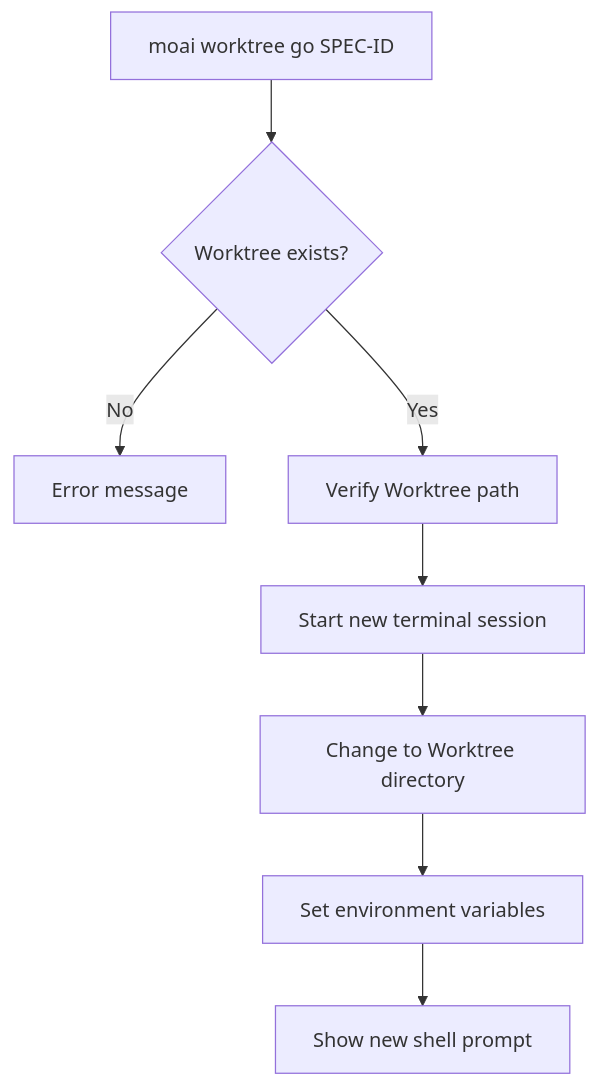
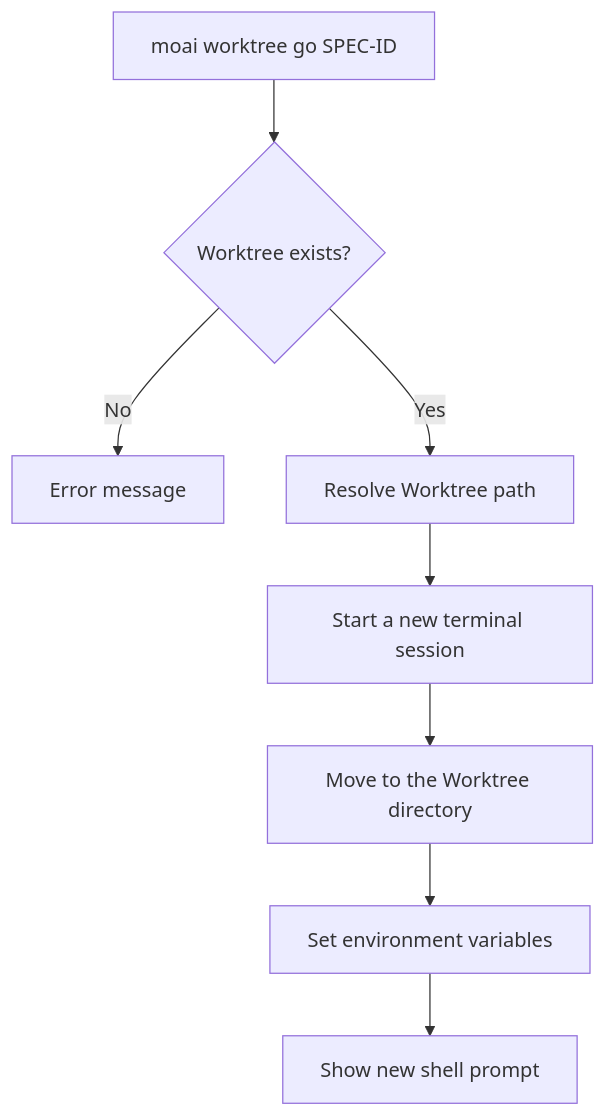
Before and after one commit to modu-ai/moai-adk: the third of 10 diagrams in docs-site/content/en/worktree/guide.md, drawn with Mermaid. The commit also changed other lines of this file and 395 other files, not shown here.

````diff
--- a/docs-site/content/en/worktree/guide.md
+++ b/docs-site/content/en/worktree/guide.md
@@ -141,10 +150,10 @@
 ```mermaid
 flowchart TD
     A[moai worktree go SPEC-ID] --> B{Worktree exists?}
     B -->|No| C[Error message]
-    B -->|Yes| D[Verify Worktree path]
-    D --> E[Start new terminal session]
-    E --> F[Change to Worktree directory]
+    B -->|Yes| D[Resolve Worktree path]
+    D --> E[Start a new terminal session]
+    E --> F[Move to the Worktree directory]
     F --> G[Set environment variables]
     G --> H[Show new shell prompt]
 ```
````
